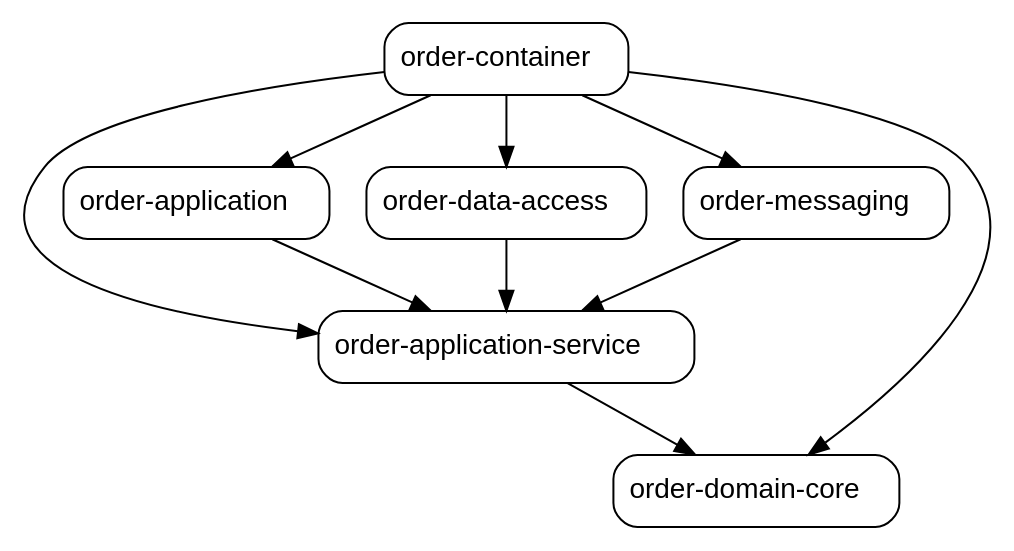
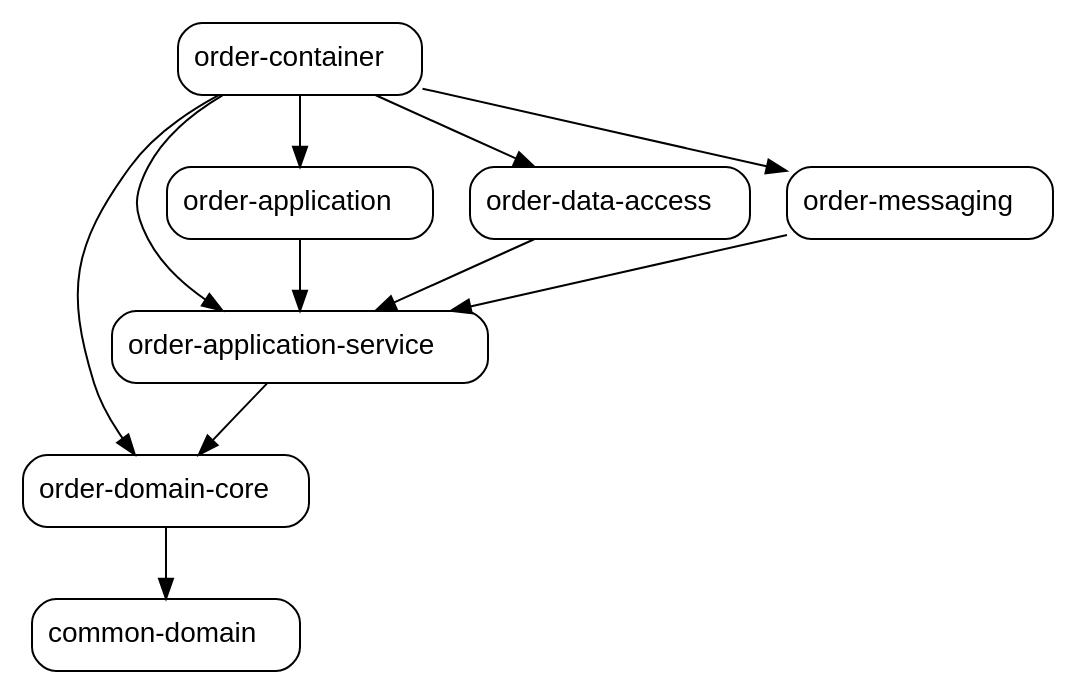
The diagram in system-graph/dependency-graph.dot (joe-watson-sbf/food-ordering-system), drawn with Graphviz before and after one commit. The commit also changed 25 other files, not shown here.

```diff
--- a/system-graph/dependency-graph.dot
+++ b/system-graph/dependency-graph.dot
@@ -1,23 +1,25 @@
 digraph "food-ordering-system" {
   node [shape="box",style="rounded",fontname="Helvetica",fontsize="14"]
   edge [fontsize="10",fontname="Helvetica"]
 
   // Node Definitions:
+  "com.vakaks.food-ordering-system:order-domain-core:jar:compile"[label=<order-domain-core>]
+  "com.vakaks.food-ordering-system:common-domain:jar:compile"[label=<common-domain>]
   "com.vakaks.food-ordering-system:order-application-service:jar:compile"[label=<order-application-service>]
-  "com.vakaks.food-ordering-system:order-domain-core:jar:compile"[label=<order-domain-core>]
   "com.vakaks.food-ordering-system:order-application:jar:compile"[label=<order-application>]
   "com.vakaks.food-ordering-system:order-data-access:jar:compile"[label=<order-data-access>]
   "com.vakaks.food-ordering-system:order-messaging:jar:compile"[label=<order-messaging>]
   "com.vakaks.food-ordering-system:order-container:jar:compile"[label=<order-container>]
 
   // Edge Definitions:
+  "com.vakaks.food-ordering-system:order-domain-core:jar:compile" -> "com.vakaks.food-ordering-system:common-domain:jar:compile"
   "com.vakaks.food-ordering-system:order-application-service:jar:compile" -> "com.vakaks.food-ordering-system:order-domain-core:jar:compile"
   "com.vakaks.food-ordering-system:order-application:jar:compile" -> "com.vakaks.food-ordering-system:order-application-service:jar:compile"
   "com.vakaks.food-ordering-system:order-data-access:jar:compile" -> "com.vakaks.food-ordering-system:order-application-service:jar:compile"
   "com.vakaks.food-ordering-system:order-messaging:jar:compile" -> "com.vakaks.food-ordering-system:order-application-service:jar:compile"
   "com.vakaks.food-ordering-system:order-container:jar:compile" -> "com.vakaks.food-ordering-system:order-domain-core:jar:compile"
   "com.vakaks.food-ordering-system:order-container:jar:compile" -> "com.vakaks.food-ordering-system:order-application-service:jar:compile"
   "com.vakaks.food-ordering-system:order-container:jar:compile" -> "com.vakaks.food-ordering-system:order-application:jar:compile"
   "com.vakaks.food-ordering-system:order-container:jar:compile" -> "com.vakaks.food-ordering-system:order-data-access:jar:compile"
   "com.vakaks.food-ordering-system:order-container:jar:compile" -> "com.vakaks.food-ordering-system:order-messaging:jar:compile"
 }
```
